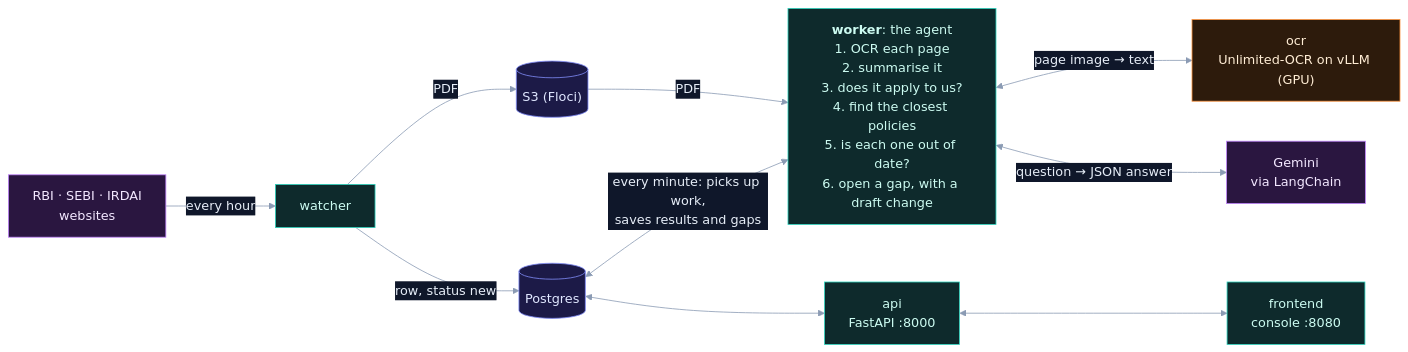
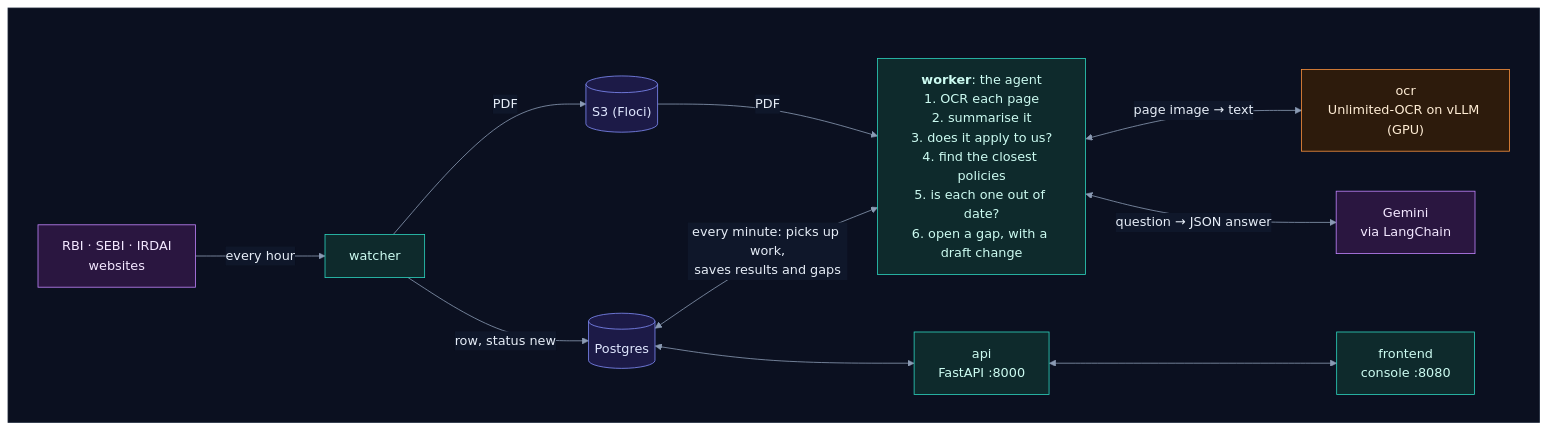
One commit to selvakumarperumal/Regulatory_Circular_Impact_Agent changed the diagram in README.md. Above: the diagram before and after it, drawn with Mermaid. The commit also changed 1 other file, not shown here.

Commit message:
Revise project documentation

````diff
--- a/README.md
+++ b/README.md
@@ -12,27 +12,31 @@
 ```mermaid
-%%{init: {"theme": "base", "themeVariables": {"darkMode": true, "primaryColor": "#16213a", "primaryTextColor": "#e6edf7", "primaryBorderColor": "#475a7a", "lineColor": "#8b9bb4", "secondaryColor": "#1b2436", "tertiaryColor": "#101a2e", "edgeLabelBackground": "#0f172a", "textColor": "#e2e8f0", "clusterBkg": "#0f1728", "clusterBorder": "#2b3a55", "titleColor": "#c4b5fd", "nodeTextColor": "#e6edf7"}}}%%
+%%{init: {"theme": "base", "flowchart": {"diagramPadding": 0}, "themeVariables": {"darkMode": true, "primaryColor": "#16213a", "primaryTextColor": "#e6edf7", "primaryBorderColor": "#475a7a", "lineColor": "#8b9bb4", "secondaryColor": "#1b2436", "tertiaryColor": "#101a2e", "edgeLabelBackground": "#0f172a", "textColor": "#e2e8f0", "clusterBkg": "#0f1728", "clusterBorder": "#2b3a55", "titleColor": "#c4b5fd", "nodeTextColor": "#e6edf7"}}}%%
 flowchart LR
-    sites["RBI · SEBI · IRDAI<br/>websites"] -->|"every hour"| W["watcher"]
-    W -->|PDF| S3[("S3 (Floci)")]
-    W -->|"row, status new"| DB[("Postgres")]
-    S3 -->|PDF| K
-    DB <-->|"every minute: picks up work,<br/>saves results and gaps"| K["<b>worker</b>: the agent<br/>1. OCR each page<br/>2. summarise it<br/>3. does it apply to us?<br/>4. find the closest policies<br/>5. is each one out of date?<br/>6. open a gap, with a draft change"]
-    K <-->|"page image → text"| O["ocr<br/>Unlimited-OCR on vLLM (GPU)"]
-    K <-->|"question → JSON answer"| G["Gemini<br/>via LangChain"]
-    DB <--> A["api<br/>FastAPI :8000"] <--> F["frontend<br/>console :8080"]
+    subgraph canvas[" "]
+        direction LR
+        sites["RBI · SEBI · IRDAI<br/>websites"] -->|"every hour"| W["watcher"]
+        W -->|PDF| S3[("S3 (Floci)")]
+        W -->|"row, status new"| DB[("Postgres")]
+        S3 -->|PDF| K
+        DB <-->|"every minute: picks up work,<br/>saves results and gaps"| K["<b>worker</b>: the agent<br/>1. OCR each page<br/>2. summarise it<br/>3. does it apply to us?<br/>4. find the closest policies<br/>5. is each one out of date?<br/>6. open a gap, with a draft change"]
+        K <-->|"page image → text"| O["ocr<br/>Unlimited-OCR on vLLM (GPU)"]
+        K <-->|"question → JSON answer"| G["Gemini<br/>via LangChain"]
+        DB <--> A["api<br/>FastAPI :8000"] <--> F["frontend<br/>console :8080"]
+    end
 
     classDef svc fill:#0e2a2c,stroke:#2dd4bf,color:#ccfbf1
     classDef data fill:#1c1a47,stroke:#818cf8,color:#e0e7ff
     classDef ext fill:#2a1640,stroke:#c084fc,color:#f3e8ff
     classDef gpu fill:#2d1b0c,stroke:#fb923c,color:#ffedd5
     classDef ask fill:#2a2410,stroke:#fbbf24,color:#fef3c7
     classDef ok fill:#0b2a1c,stroke:#34d399,color:#d1fae5
     classDef bad fill:#2e0f17,stroke:#fb7185,color:#ffe4e6
     classDef start fill:#1c2a0e,stroke:#a7ef6f,color:#ecfccb
     classDef muted fill:#1a2130,stroke:#64748b,color:#cbd5e1
     class W,A,F svc
     class S3,DB data
     class sites,G ext
     class O gpu
     class K svc
+    style canvas fill:#0b1020,stroke:#1e293b,color:#0b1020
 ```
````
